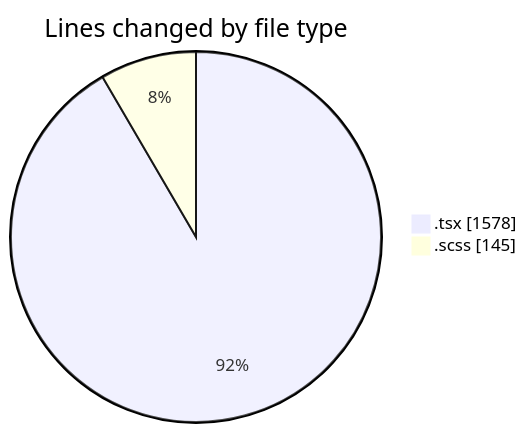
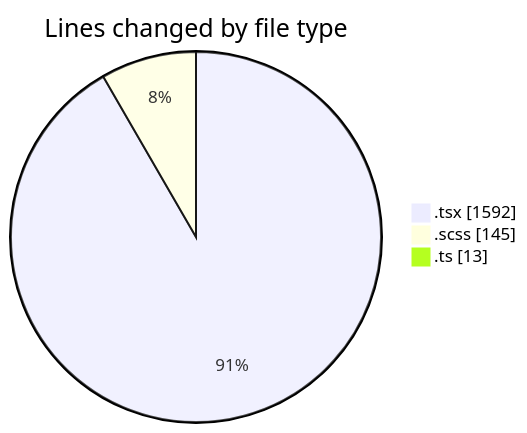
One commit to momahboobian/code-tracking changed the first of 2 diagrams in 2025-03-20/cda/README.md. Above: the diagram before and after it, drawn with Mermaid. The commit also changed other lines of this file and 1 other file, not shown here.

````diff
--- a/2025-03-20/cda/README.md
+++ b/2025-03-20/cda/README.md
@@ -23,6 +24,7 @@
 ```mermaid
 pie showData
 title Lines changed by file type
-".tsx" : 1578
+".tsx" : 1592
 ".scss" : 145
+".ts" : 13
 ```
````
